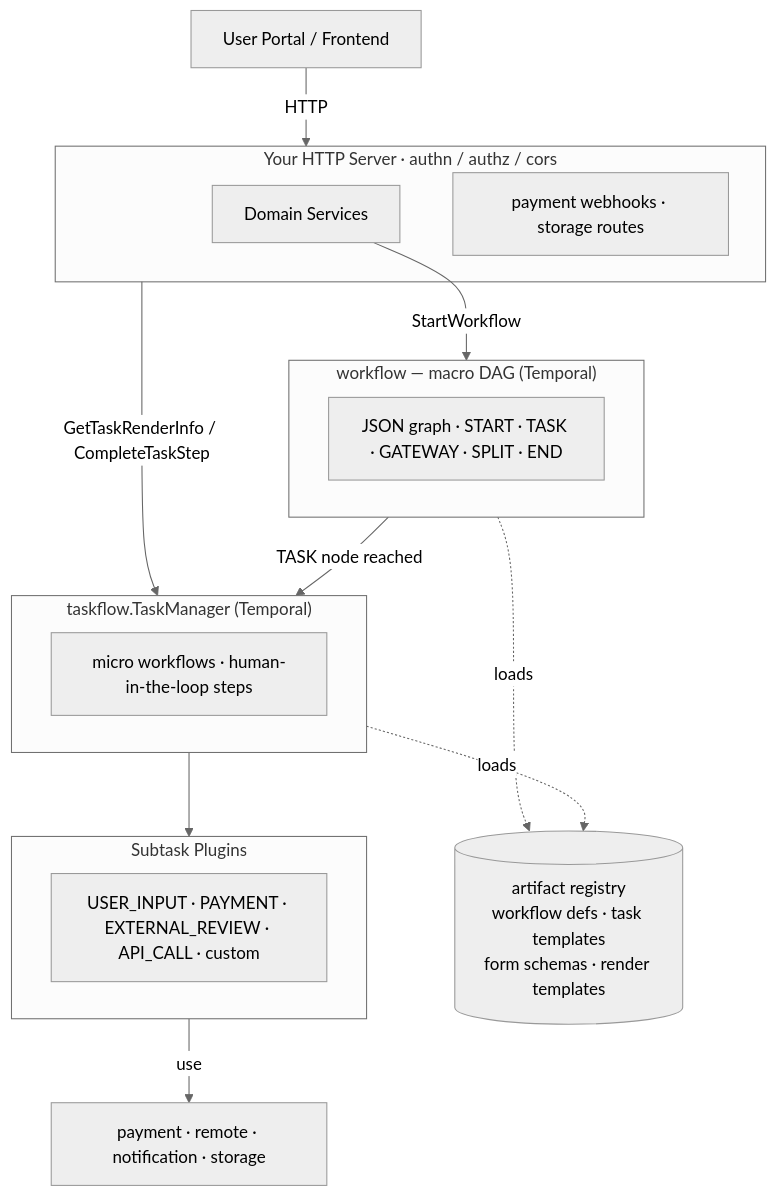
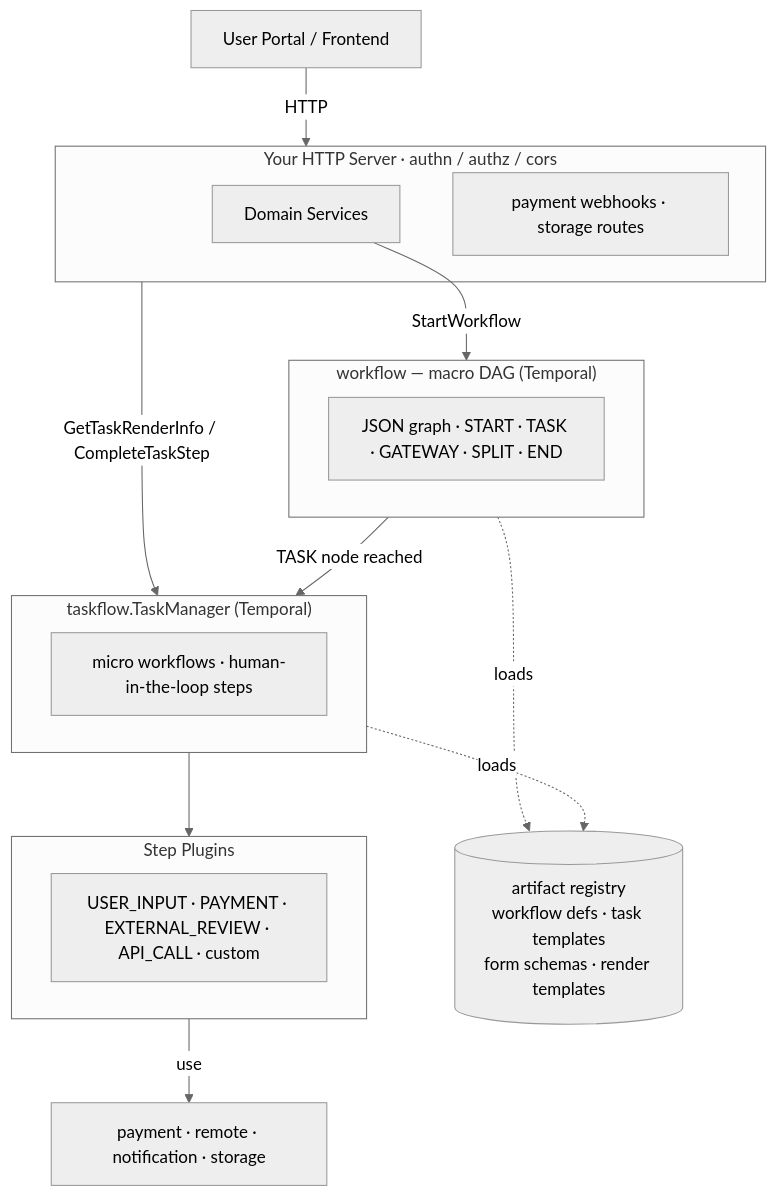
One commit to OpenNSW/core changed the diagram in README.md. Above: the diagram before and after it, drawn with Mermaid (neutral theme). The commit also changed other lines of this file and 19 other files, not shown here.

````diff
--- a/README.md
+++ b/README.md
@@ -58,33 +58,33 @@
 ```mermaid
 flowchart TD
     Portal["User Portal / Frontend"]
 
     subgraph server["Your HTTP Server · authn / authz / cors"]
         DS["Domain Services"]
         SR["payment webhooks · storage routes"]
     end
 
     subgraph macrowf["workflow — macro DAG (Temporal)"]
         WF["JSON graph · START · TASK · GATEWAY · SPLIT · END"]
     end
 
     subgraph microwf["taskflow.TaskManager (Temporal)"]
         TM["micro workflows · human-in-the-loop steps"]
     end
 
-    subgraph pluginset["Subtask Plugins"]
+    subgraph pluginset["Step Plugins"]
         P["USER_INPUT · PAYMENT · EXTERNAL_REVIEW · API_CALL · custom"]
     end
 
     SS["payment · remote · notification · storage"]
     AR[("artifact registry<br>workflow defs · task templates<br>form schemas · render templates")]
 
     Portal -->|HTTP| server
     DS -->|StartWorkflow| macrowf
     server -->|"GetTaskRenderInfo / CompleteTaskStep"| microwf
     macrowf -->|TASK node reached| microwf
     microwf --> pluginset
     pluginset -->|use| SS
     macrowf -. loads .-> AR
     microwf -. loads .-> AR
 ```
````
